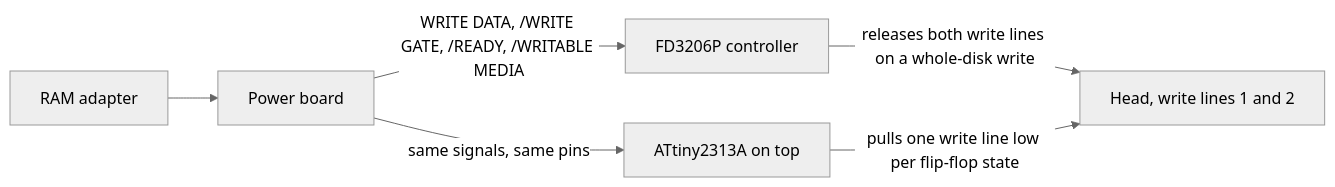
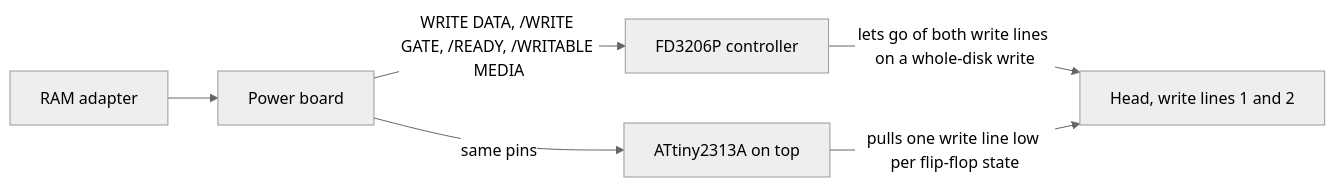
Before and after one commit to gufranco/fd3206-write-unlock: the diagram in README.md, drawn with Mermaid (neutral theme). The commit also changed other lines of this file and 3 other files, not shown here.

````diff
--- a/README.md
+++ b/README.md
@@ -109,8 +107,8 @@
 ```mermaid
 graph LR
     RAM[RAM adapter] --> PWR[Power board]
     PWR -->|WRITE DATA, /WRITE GATE, /READY, /WRITABLE MEDIA| FD[FD3206P controller]
-    PWR -->|same signals, same pins| AT[ATtiny2313A on top]
-    FD -->|releases both write lines on a whole-disk write| HEAD[Head, write lines 1 and 2]
+    PWR -->|same pins| AT[ATtiny2313A on top]
+    FD -->|lets go of both write lines on a whole-disk write| HEAD[Head, write lines 1 and 2]
     AT -->|pulls one write line low per flip-flop state| HEAD
 ```
````
